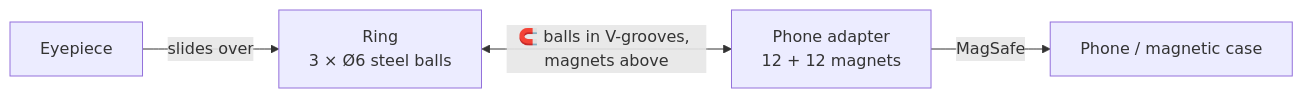
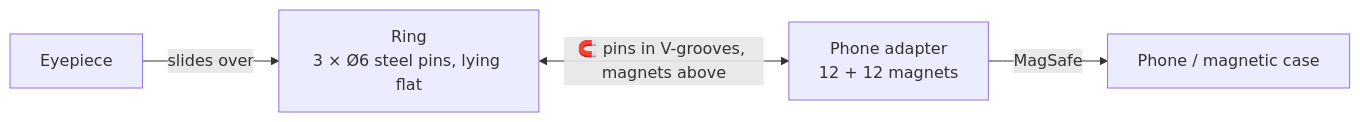
One commit to tofijak/kestrel changed the diagram in README.md. Above: the diagram before and after it, drawn with Mermaid. The commit also changed other lines of this file and 30 other files, not shown here.

First line of the commit message:
Coupling v2: lying M6x6 pins instead of balls (default)

````diff
--- a/README.md
+++ b/README.md
@@ -39,6 +39,6 @@
 ```mermaid
 flowchart LR
-    E[Eyepiece] -- slides over --> R[Ring<br/>3 × Ø6 steel balls]
-    R <-- "🧲 balls in V-grooves, magnets above" --> A[Phone adapter<br/>12 + 12 magnets]
+    E[Eyepiece] -- slides over --> R[Ring<br/>3 × Ø6 steel pins, lying flat]
+    R <-- "🧲 pins in V-grooves, magnets above" --> A[Phone adapter<br/>12 + 12 magnets]
     A -- MagSafe --> P[Phone / magnetic case]
 ```
````
